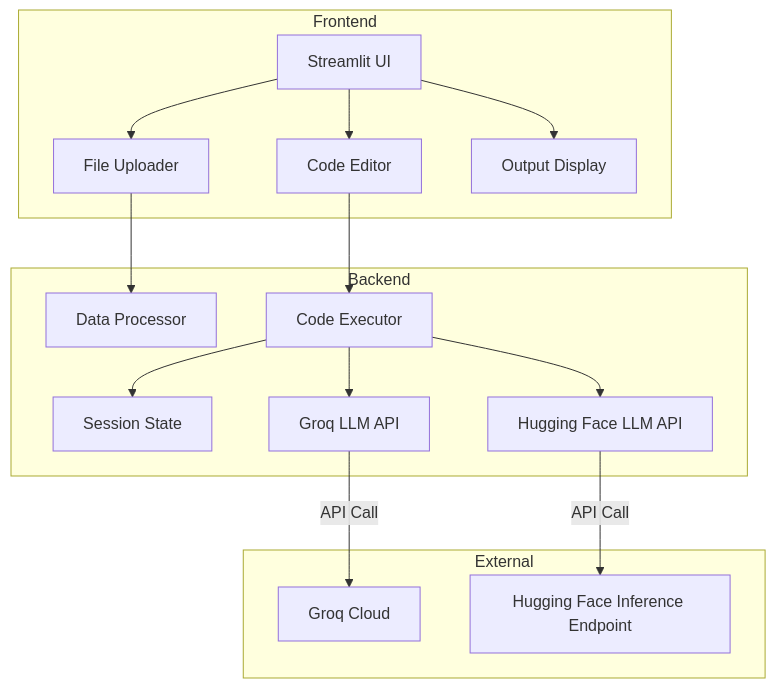
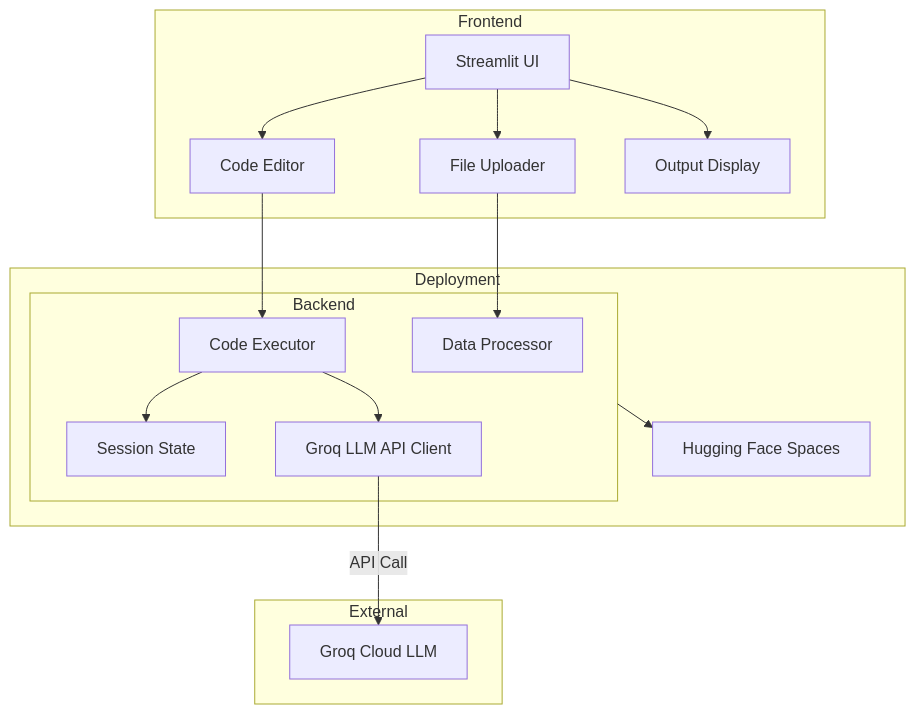
One commit to ardiannurcahya/DataCoder-AI changed the diagram in README.md. Above: the diagram before and after it, drawn with Mermaid.

````diff
--- a/README.md
+++ b/README.md
@@ -64,21 +64,23 @@
 ```mermaid
 flowchart TB
     subgraph Frontend
         A[Streamlit UI] --> B[File Uploader]
         A --> C[Code Editor]
         A --> D[Output Display]
     end
 
     subgraph Backend
         B --> E[Data Processor]
         C --> F[Code Executor]
         F --> H[Session State]
-        F --> G1[Groq LLM API]
-        F --> G2[Hugging Face LLM API]
+        F --> G[Groq LLM API Client]
+    end
+
+    subgraph Deployment
+        Backend --> J[Hugging Face Spaces]
     end
 
     subgraph External
-        G1 -->|API Call| I[Groq Cloud]
-        G2 -->|API Call| J[Hugging Face Inference Endpoint]
+        G -->|API Call| I[Groq Cloud LLM]
     end
 ```
````
